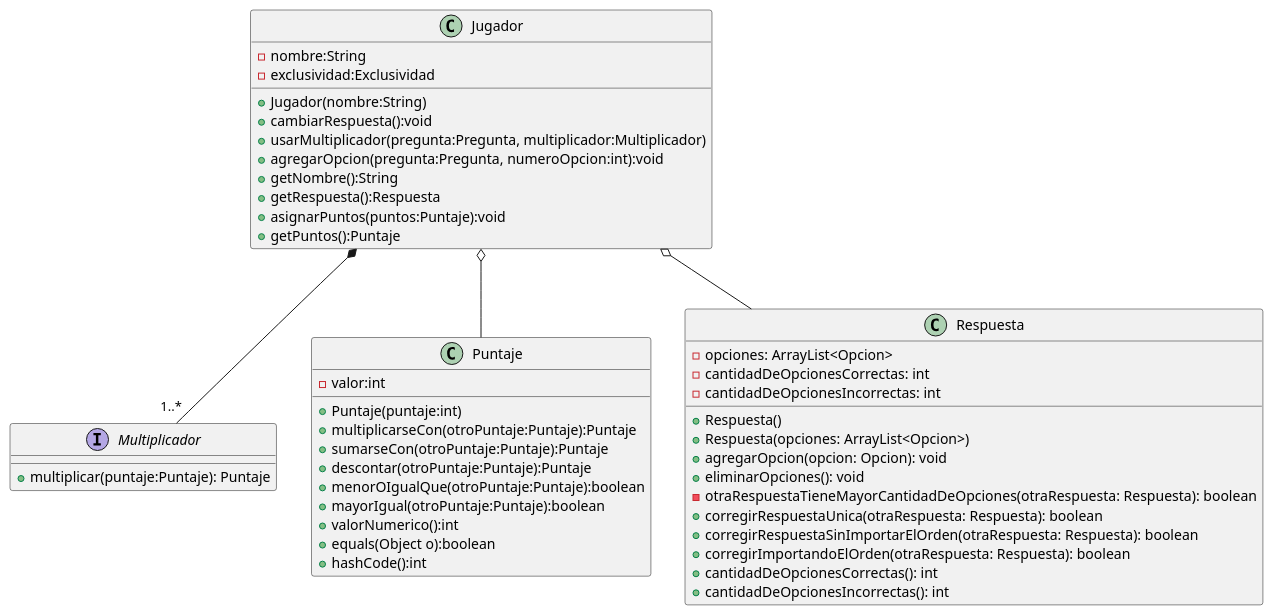
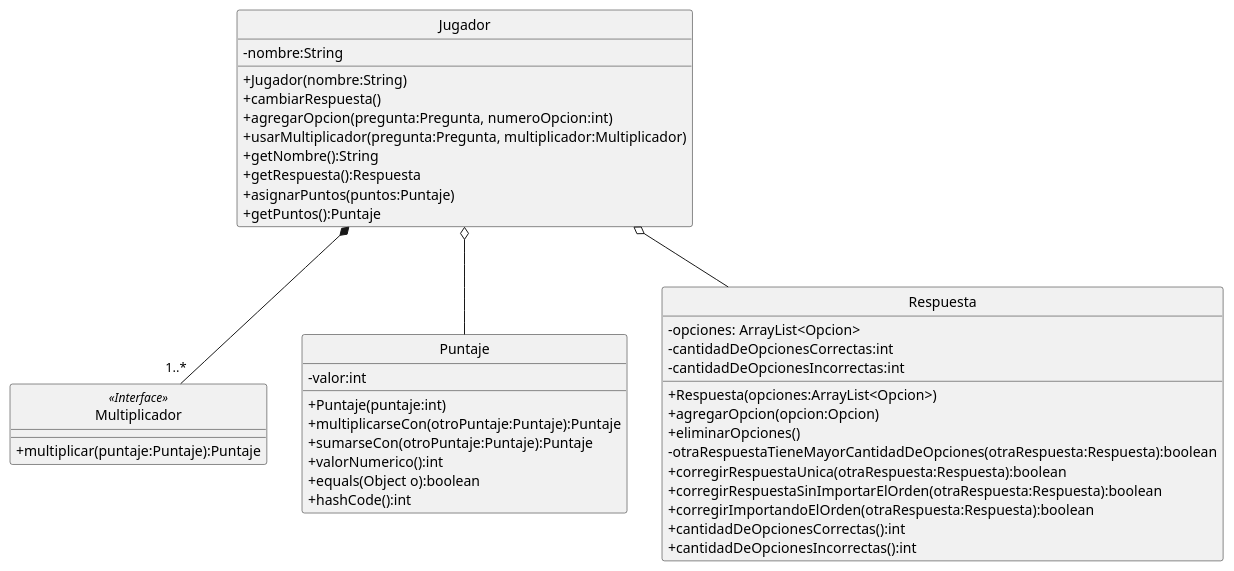
Before and after one commit to TomasContessi/g12-tp2-1c-2024: the diagram in diagramas/clases/diagramaClasesJugador.puml, drawn with PlantUML. The commit also changed other lines of this file and 31 other files, not shown here.

Commit message:
Agrego un diagrama y algunas correcciones

```diff
--- a/diagramas/clases/diagramaClasesJugador.puml
+++ b/diagramas/clases/diagramaClasesJugador.puml
@@ -2,57 +1,53 @@
 @startuml
 
-
-'https://plantuml.com/class-diagram
+skinparam monochrome true
+hide circle
+skinparam classAttributeIconSize 0
 
 class Jugador {
     - nombre:String
-    - exclusividad:Exclusividad
     + Jugador(nombre:String)
-    + cambiarRespuesta():void
-    +usarMultiplicador(pregunta:Pregunta, multiplicador:Multiplicador)
-    + agregarOpcion(pregunta:Pregunta, numeroOpcion:int):void
+    + cambiarRespuesta()
+    + agregarOpcion(pregunta:Pregunta, numeroOpcion:int)
+    + usarMultiplicador(pregunta:Pregunta, multiplicador:Multiplicador)
     + getNombre():String
     + getRespuesta():Respuesta
-    + asignarPuntos(puntos:Puntaje):void
+    + asignarPuntos(puntos:Puntaje)
     + getPuntos():Puntaje
 }
 
-interface Multiplicador {
-    + multiplicar(puntaje:Puntaje): Puntaje
+class Multiplicador {
+    + multiplicar(puntaje:Puntaje):Puntaje
 }
 
 class Puntaje {
     - valor:int
     + Puntaje(puntaje:int)
     + multiplicarseCon(otroPuntaje:Puntaje):Puntaje
     + sumarseCon(otroPuntaje:Puntaje):Puntaje
-    + descontar(otroPuntaje:Puntaje):Puntaje
-    + menorOIgualQue(otroPuntaje:Puntaje):boolean
-    + mayorIgual(otroPuntaje:Puntaje):boolean
-    + valorNumerico():int 
+    + valorNumerico():int
     + equals(Object o):boolean
     + hashCode():int
 }
 
 class Respuesta {
-        - opciones: ArrayList<Opcion>
-        - cantidadDeOpcionesCorrectas: int
-        - cantidadDeOpcionesIncorrectas: int
+    - opciones: ArrayList<Opcion>
+    - cantidadDeOpcionesCorrectas:int
+    - cantidadDeOpcionesIncorrectas:int
+    + Respuesta(opciones:ArrayList<Opcion>)
+    + agregarOpcion(opcion:Opcion)
+    + eliminarOpciones()
+    - otraRespuestaTieneMayorCantidadDeOpciones(otraRespuesta:Respuesta):boolean
+    + corregirRespuestaUnica(otraRespuesta:Respuesta):boolean
+    + corregirRespuestaSinImportarElOrden(otraRespuesta:Respuesta):boolean
+    + corregirImportandoElOrden(otraRespuesta:Respuesta):boolean
+    + cantidadDeOpcionesCorrectas():int
+    + cantidadDeOpcionesIncorrectas():int
+}
 
-        + Respuesta()
-        + Respuesta(opciones: ArrayList<Opcion>)
-        + agregarOpcion(opcion: Opcion): void
-        + eliminarOpciones(): void
-        - otraRespuestaTieneMayorCantidadDeOpciones(otraRespuesta: Respuesta): boolean
-        + corregirRespuestaUnica(otraRespuesta: Respuesta): boolean
-        + corregirRespuestaSinImportarElOrden(otraRespuesta: Respuesta): boolean
-        + corregirImportandoElOrden(otraRespuesta: Respuesta): boolean
-        + cantidadDeOpcionesCorrectas(): int
-        + cantidadDeOpcionesIncorrectas(): int
-    }
-
+Multiplicador <<Interface>>
 Jugador *-- "1..*" Multiplicador
 Jugador o-- Puntaje
 Jugador o-- Respuesta
 
 @enduml
```
